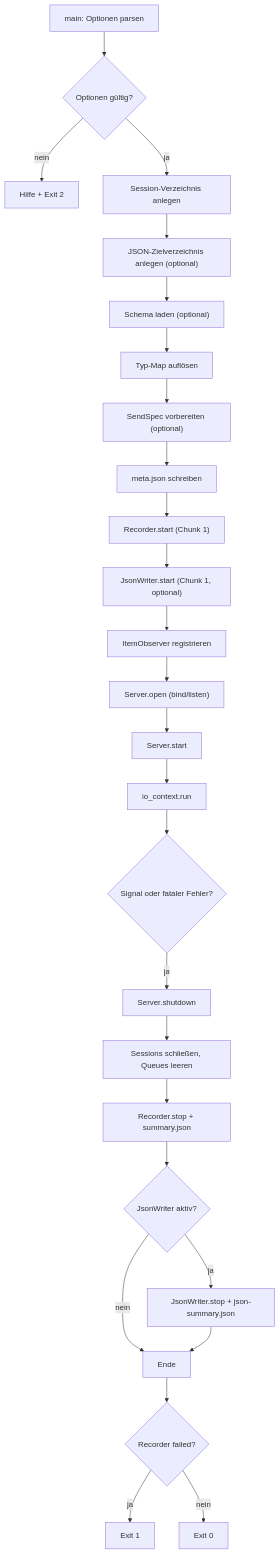
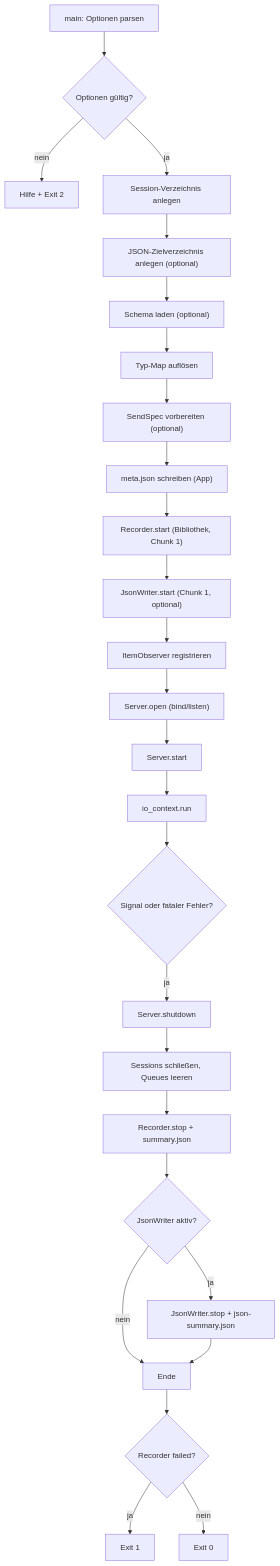
One commit to chriswit68/protorecprep changed the fourth of 17 diagrams in doc/software-design.md. Above: the diagram before and after it, drawn with Mermaid. The commit also changed other lines of this file and 42 other files, not shown here.

````diff
--- a/doc/software-design.md
+++ b/doc/software-design.md
@@ -754,28 +850,28 @@
 ```mermaid
 flowchart TD
   A["main: Optionen parsen"] --> B{"Optionen gültig?"}
   B -->|nein| Z1["Hilfe + Exit 2"]
   B -->|ja| C["Session-Verzeichnis anlegen"]
   C --> C2["JSON-Zielverzeichnis anlegen (optional)"]
   C2 --> D["Schema laden (optional)"]
   D --> E["Typ-Map auflösen"]
   E --> F["SendSpec vorbereiten (optional)"]
-  F --> G["meta.json schreiben"]
-  G --> H["Recorder.start (Chunk 1)"]
+  F --> G["meta.json schreiben (App)"]
+  G --> H["Recorder.start (Bibliothek, Chunk 1)"]
   H --> I["JsonWriter.start (Chunk 1, optional)"]
   I --> I2["ItemObserver registrieren"]
   I2 --> J["Server.open (bind/listen)"]
   J --> K["Server.start"]
   K --> L["io_context.run"]
   L --> M{"Signal oder fataler Fehler?"}
   M -->|ja| N["Server.shutdown"]
   N --> O["Sessions schließen, Queues leeren"]
   O --> P["Recorder.stop + summary.json"]
   P --> Q{"JsonWriter aktiv?"}
   Q -->|ja| R["JsonWriter.stop + json-summary.json"]
   Q -->|nein| S["Ende"]
   R --> S
   S --> T{"Recorder failed?"}
   T -->|ja| Z2["Exit 1"]
   T -->|nein| Z3["Exit 0"]
 ```
````
